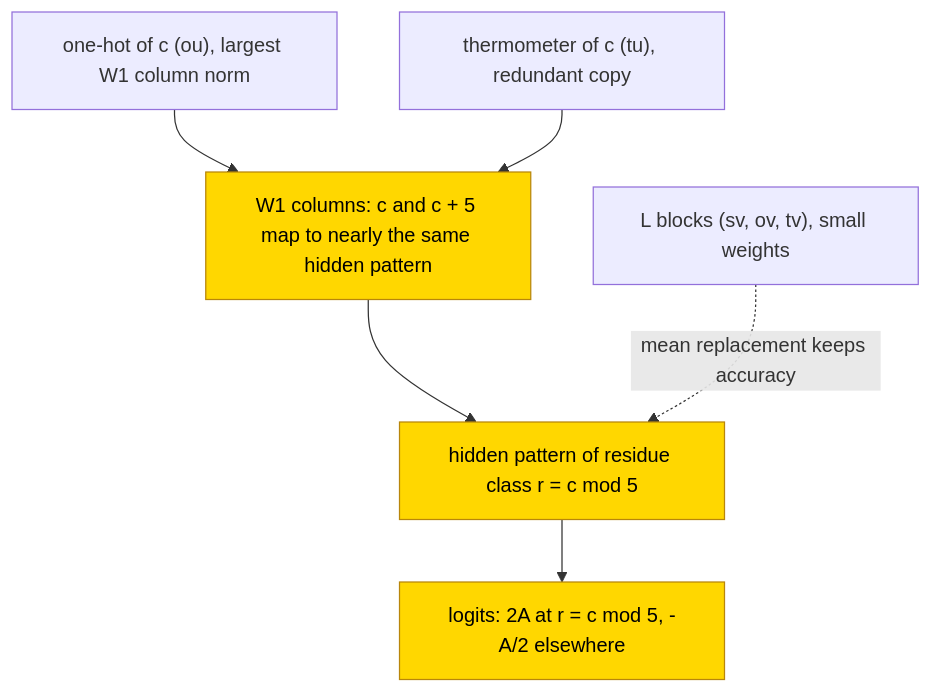
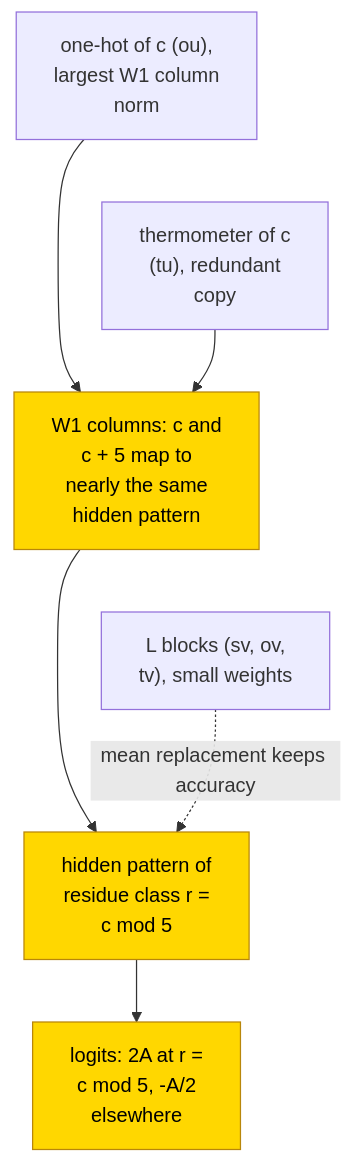
One commit to jc1122/mechanistic-interpretability-circuit-atlas changed the second of 2 diagrams in entries/count-mod-5.md. Above: the diagram before and after it, drawn with Mermaid. The commit also changed other lines of this file and 39 other files, not shown here.

````diff
--- a/entries/count-mod-5.md
+++ b/entries/count-mod-5.md
@@ -199,12 +207,15 @@
 ```mermaid
 flowchart TD
     accTitle: Learned count-to-remainder lookup
     accDescr: Count indicators feed trained input weights and a hidden remainder pattern before the output logits. Length inputs have small effects that can be replaced by their mean. The equal-amplitude cosine profile is an ideal lookup description, not identical native logits or proof of trigonometric computation. Status is partial, with complement untested.
-    OU["one-hot of c (ou), largest W1 column norm"] --> W["W1 columns: c and c + 5 map to nearly the same hidden pattern"]
-    TU["thermometer of c (tu), redundant copy"] --> W
-    W --> H["hidden pattern of residue class r = c mod 5"]
-    H --> Y["logits: 2A at r = c mod 5, -A/2 elsewhere"]
-    L["L blocks (sv, ov, tv), small weights"] -.->|"mean replacement keeps accuracy"| H
+    OU["one-hot of c (ou),<br/>largest W1 column<br/>norm"] --> W["W1 columns: c and<br/>c + 5 map to<br/>nearly the same<br/>hidden pattern"]
+    TU["thermometer of c<br/>(tu), redundant<br/>copy"] --> W
+    W --> H["hidden pattern of<br/>residue class r =<br/>c mod 5"]
+    H --> Y["logits: 2A at r =<br/>c mod 5, -A/2<br/>elsewhere"]
+    L["L blocks (sv, ov,<br/>tv), small weights"] -.->|"mean replacement keeps accuracy"| H
     classDef trained fill:gold,stroke:darkgoldenrod,color:black
     class W,H,Y trained
+    %% Invisible links constrain vertical layout only, not computation.
+    OU ~~~ TU
+    W ~~~ L
 ```
````
